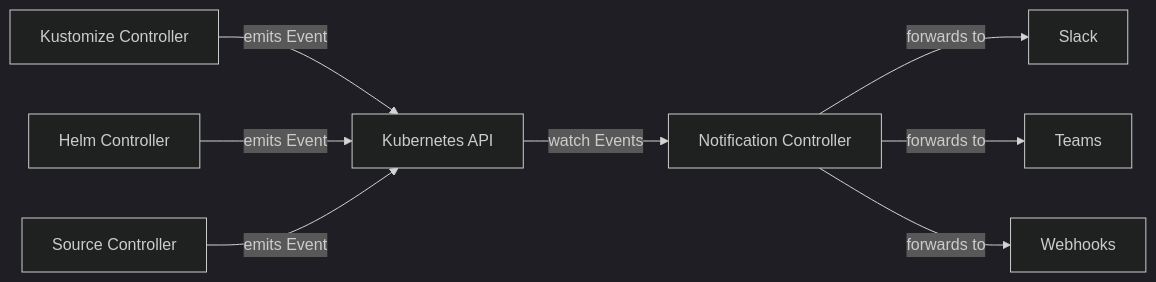
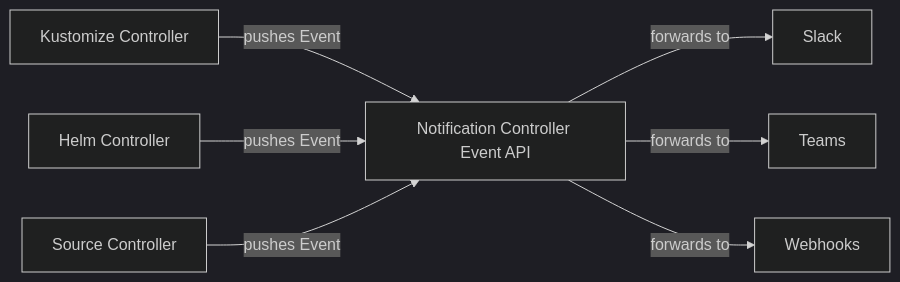
Before and after one commit to OneUptime/blog: the fourth of 6 diagrams in posts/2026-03-05-flux-cd-controllers-communication/README.md, drawn with Mermaid (dark theme). The commit also changed other lines of this file and 2 other files, not shown here.

````diff
--- a/posts/2026-03-05-flux-cd-controllers-communication/README.md
+++ b/posts/2026-03-05-flux-cd-controllers-communication/README.md
@@ -140,10 +140,9 @@
 ```mermaid
 graph LR
-    KC[Kustomize Controller] -->|emits Event| API[Kubernetes API]
-    HC[Helm Controller] -->|emits Event| API
-    SC[Source Controller] -->|emits Event| API
-    API -->|watch Events| NC[Notification Controller]
+    KC[Kustomize Controller] -->|pushes Event| NC[Notification Controller Event API]
+    HC[Helm Controller] -->|pushes Event| NC
+    SC[Source Controller] -->|pushes Event| NC
     NC -->|forwards to| Slack[Slack]
     NC -->|forwards to| Teams[Teams]
     NC -->|forwards to| Webhook[Webhooks]
 ```
````
